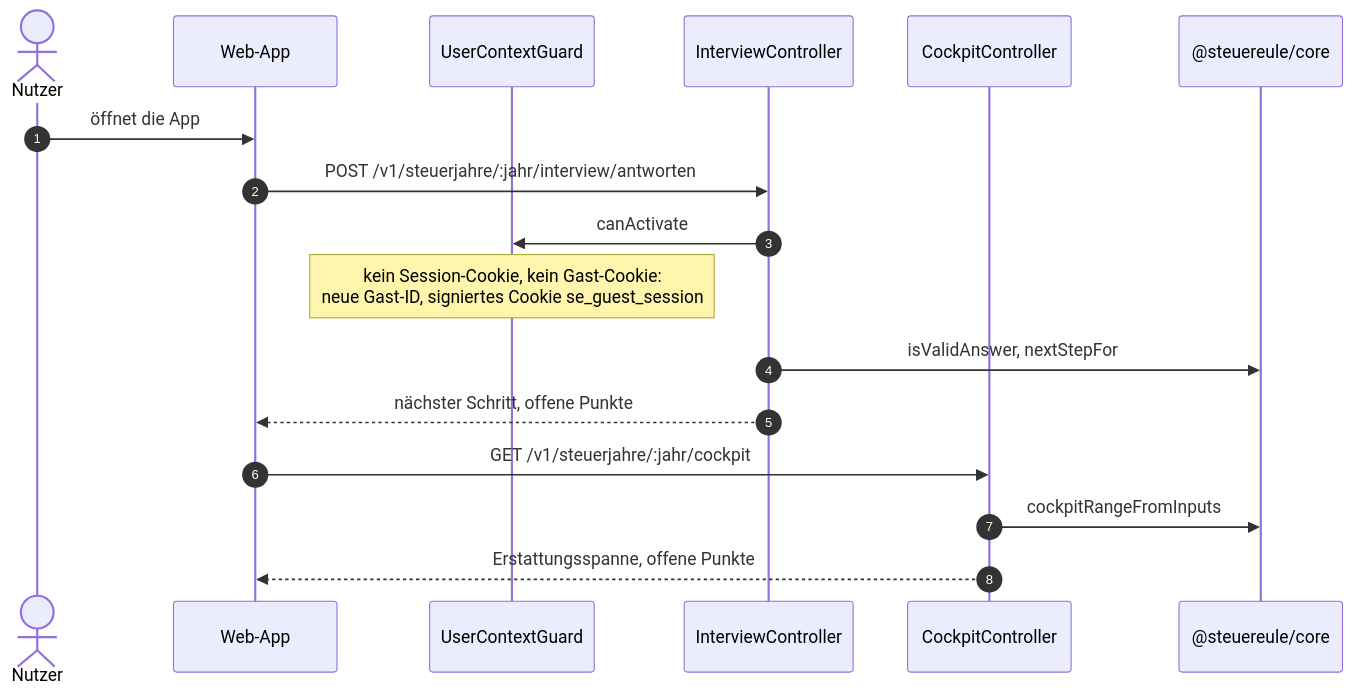
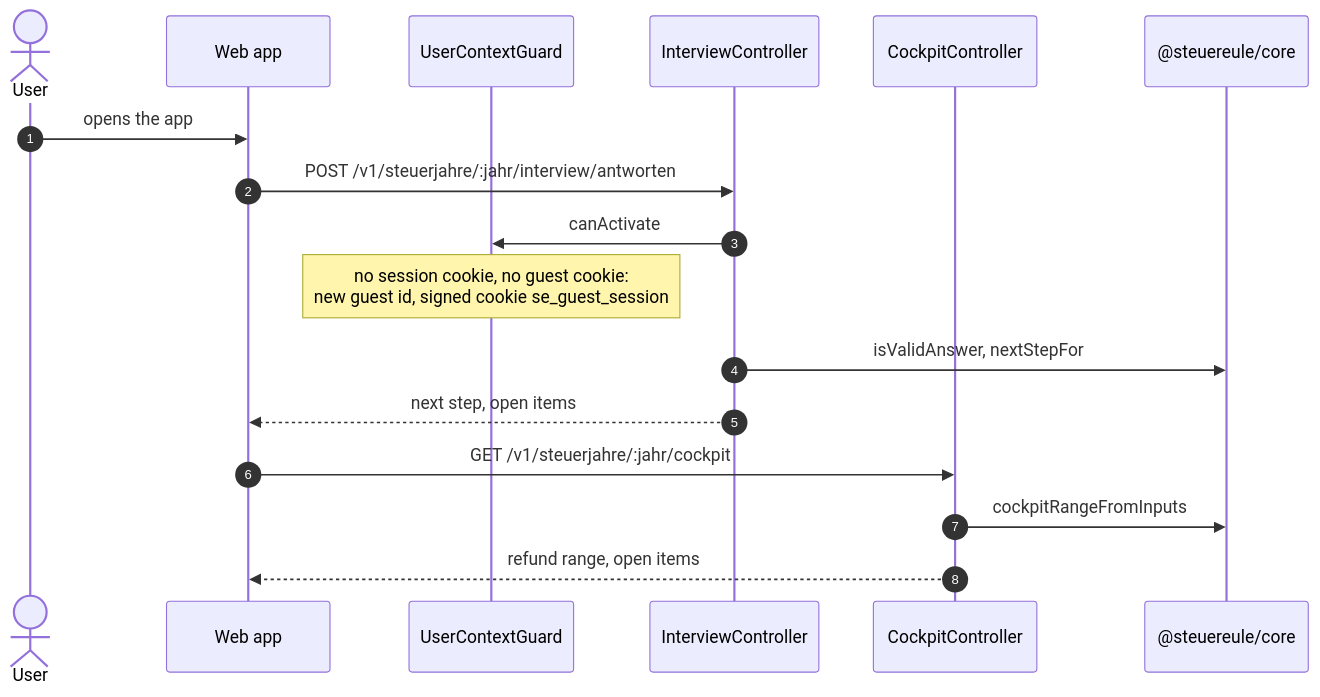
The third of 6 diagrams in docs/architecture.md (NexusHero/Steuereule), drawn with Mermaid before and after one commit. The commit also changed other lines of this file and 6 other files, not shown here.

First line of the commit message:
docs: the architecture documentation is in English

````diff
--- a/docs/architecture.md
+++ b/docs/architecture.md
@@ -295,20 +297,20 @@
 ```mermaid
 sequenceDiagram
   autonumber
-  actor U as Nutzer
-  participant W as Web-App
+  actor U as User
+  participant W as Web app
   participant G as UserContextGuard
   participant I as InterviewController
   participant C as CockpitController
   participant K as @steuereule/core
 
-  U->>W: öffnet die App
+  U->>W: opens the app
   W->>I: POST /v1/steuerjahre/:jahr/interview/antworten
   I->>G: canActivate
-  Note over G: kein Session-Cookie, kein Gast-Cookie:<br/>neue Gast-ID, signiertes Cookie se_guest_session
+  Note over G: no session cookie, no guest cookie:<br/>new guest id, signed cookie se_guest_session
   I->>K: isValidAnswer, nextStepFor
-  I-->>W: nächster Schritt, offene Punkte
+  I-->>W: next step, open items
   W->>C: GET /v1/steuerjahre/:jahr/cockpit
   C->>K: cockpitRangeFromInputs
-  C-->>W: Erstattungsspanne, offene Punkte
+  C-->>W: refund range, open items
 ```
````
